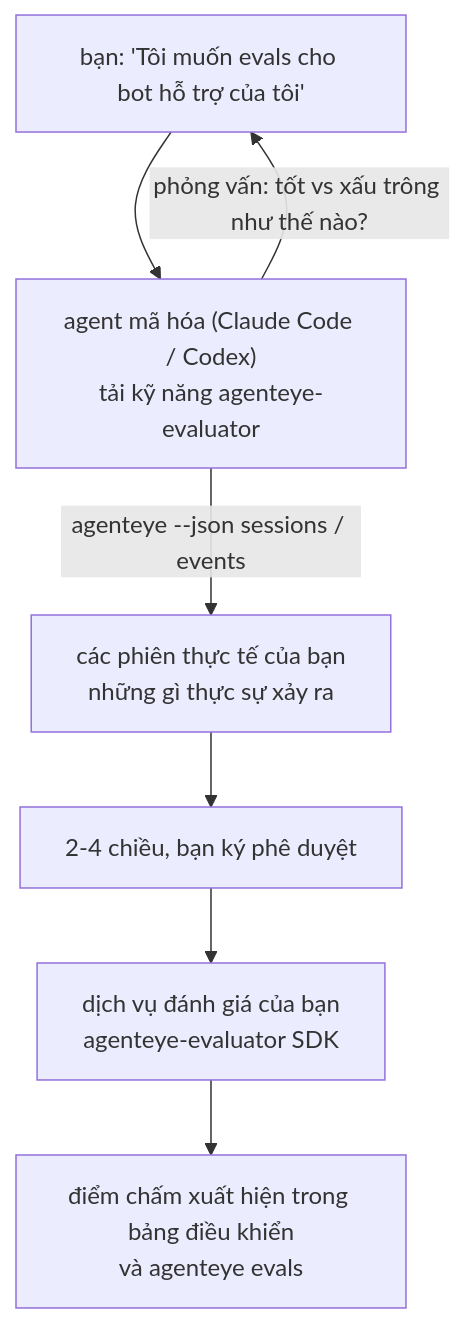
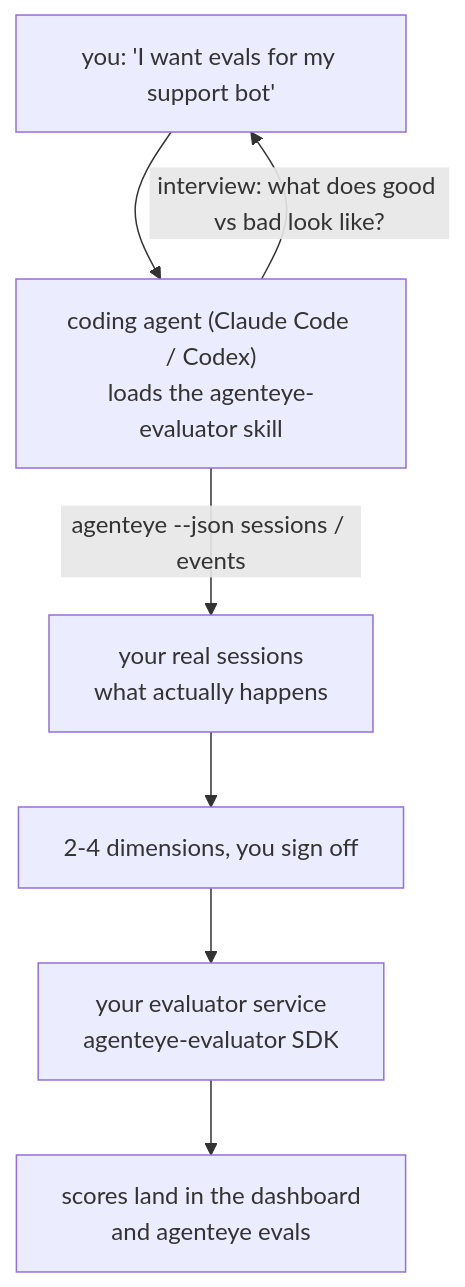
Before and after one commit to FailproofAI/failproofai: the diagram in docs/vi/agenteye/evaluator-skill.mdx, drawn with Mermaid. The commit also changed other lines of this file and 651 other files, not shown here.

````diff
--- a/docs/vi/agenteye/evaluator-skill.mdx
+++ b/docs/vi/agenteye/evaluator-skill.mdx
@@ -21,9 +21,9 @@
 ```mermaid
 flowchart TD
-    YOU["bạn: 'Tôi muốn evals cho bot hỗ trợ của tôi'"] --> AGENT["agent mã hóa (Claude Code / Codex)<br/>tải kỹ năng agenteye-evaluator"]
-    AGENT -->|"phỏng vấn: tốt vs xấu trông như thế nào?"| YOU
-    AGENT -->|"agenteye --json sessions / events"| DATA["các phiên thực tế của bạn<br/>những gì thực sự xảy ra"]
-    DATA --> DIMS["2-4 chiều, bạn ký phê duyệt"]
-    DIMS --> SVC["dịch vụ đánh giá của bạn<br/>agenteye-evaluator SDK"]
-    SVC --> SCORES["điểm chấm xuất hiện trong bảng điều khiển<br/>và agenteye evals"]
+    YOU["you: 'I want evals for my support bot'"] --> AGENT["coding agent (Claude Code / Codex)<br/>loads the agenteye-evaluator skill"]
+    AGENT -->|"interview: what does good vs bad look like?"| YOU
+    AGENT -->|"agenteye --json sessions / events"| DATA["your real sessions<br/>what actually happens"]
+    DATA --> DIMS["2-4 dimensions, you sign off"]
+    DIMS --> SVC["your evaluator service<br/>agenteye-evaluator SDK"]
+    SVC --> SCORES["scores land in the dashboard<br/>and agenteye evals"]
 ```
````
